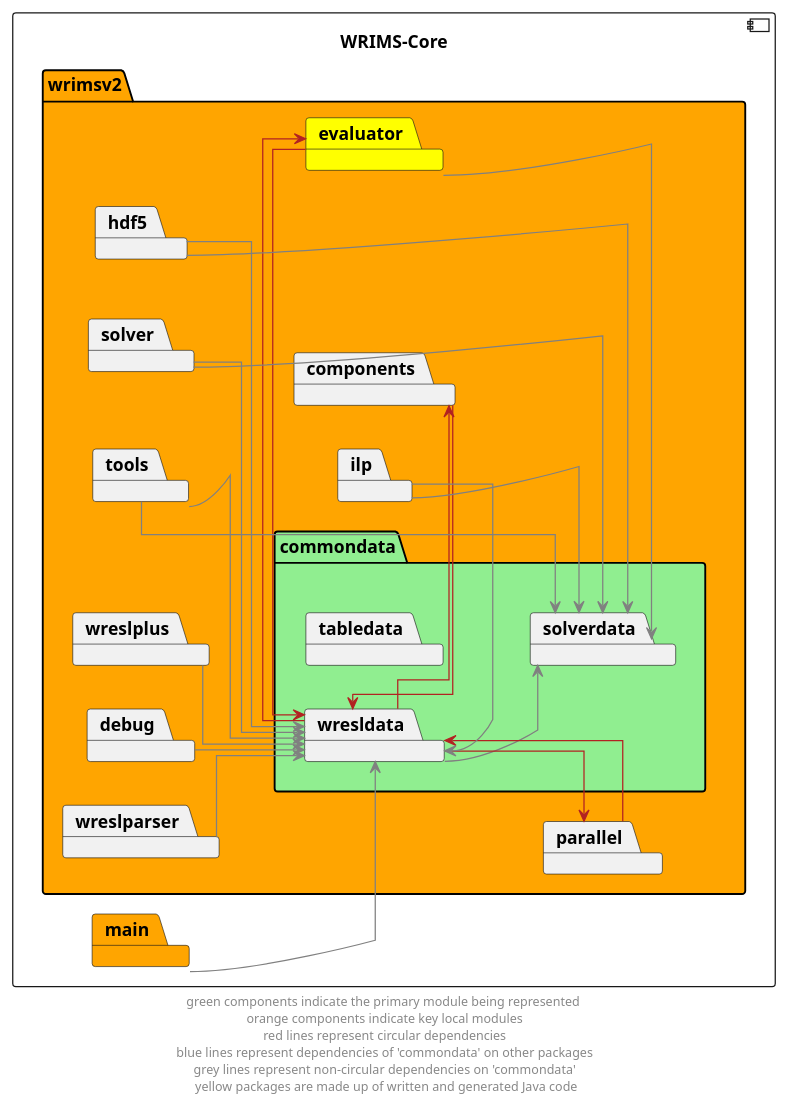
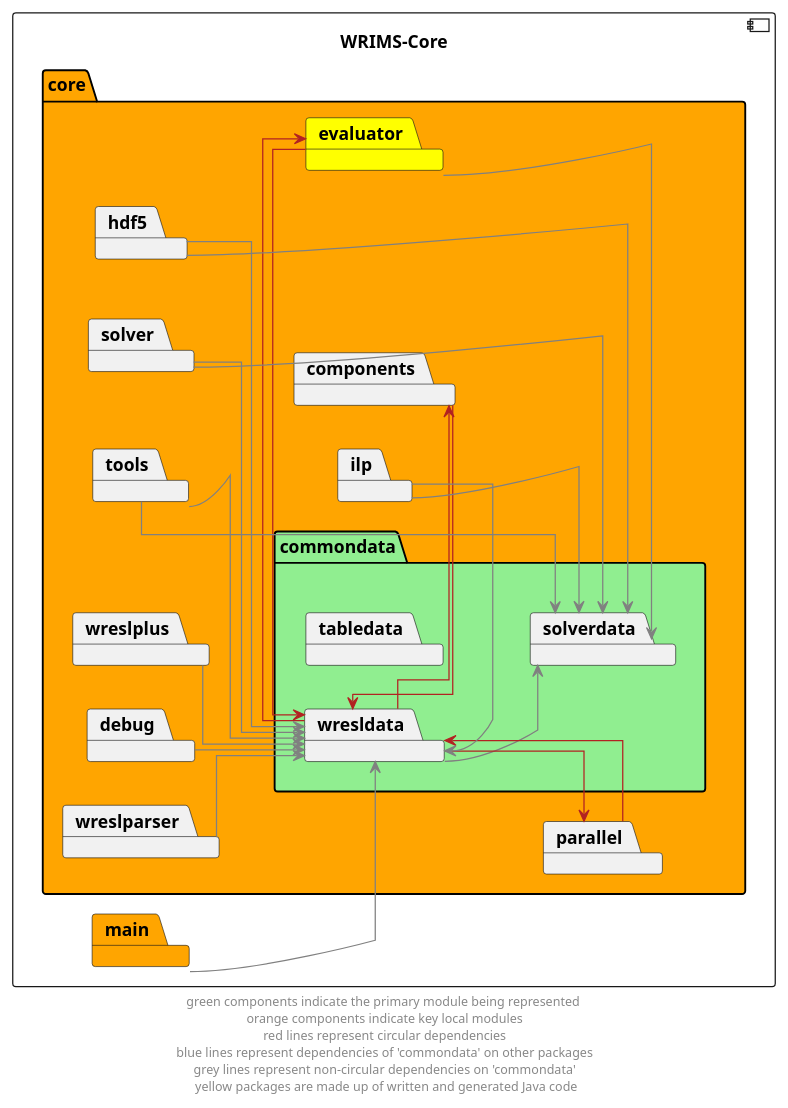
One commit to CentralValleyModeling/wrims-engine changed the diagram in docs/diagrams/wrims-core/wrims-core_commondata.puml. Above: the diagram before and after it, drawn with PlantUML. The commit also changed 39 other files, not shown here.

Commit message:
Updated diagrams per rename changes.

```diff
--- a/docs/diagrams/wrims-core/wrims-core_commondata.puml
+++ b/docs/diagrams/wrims-core/wrims-core_commondata.puml
@@ -1,58 +1,58 @@
 @startuml
 left to right direction
 skinparam linetype ortho
 
 component wrims_core as "WRIMS-Core" {
-    package wrimsv2 #orange {
+    package core #orange {
 
             package commondata #lightgreen {
                 package tabledata
                 package solverdata
                 package wresldata
             }
 
         package debug
         package evaluator #yellow
         package parallel
         package components
         package hdf5
         package ilp
         package solver
         package tools
         package wreslparser
         package wreslplus
 
     }
 package main #orange
 }
 wresldata --> solverdata #grey
 evaluator --> solverdata #grey
 
 wresldata --> parallel #firebrick
 parallel --> wresldata  #firebrick
 wresldata --> evaluator #firebrick
 evaluator --> wresldata #firebrick
 wresldata --> components #firebrick
 components --> wresldata #firebrick
 
 hdf5 -d-> solverdata #grey
 hdf5 -d-> wresldata #grey
 ilp --> solverdata #grey
 ilp -r-> wresldata #grey
 solver --> wresldata #grey
 solver --> solverdata #grey
 tools --> wresldata #grey
 tools --> solverdata #grey
 debug --> wresldata #grey
 wreslparser --> wresldata #grey
 wreslplus --> wresldata #grey
 main --> wresldata #grey
 
 ' The following relationships are hidden and used to format the diagram. They do not represent actual dependencies.
 ' solverdata -l[hidden]-> wresldata
 components -l[hidden] commondata
 evaluator -d[hidden]-> tabledata
 evaluator -l[hidden]-> commondata
 
 footer "green components indicate the primary module being represented \n orange components indicate key local modules \n red lines represent circular dependencies \n blue lines represent dependencies of 'commondata' on other packages \n grey lines represent non-circular dependencies on 'commondata' \n yellow packages are made up of written and generated Java code"
 @enduml
```
